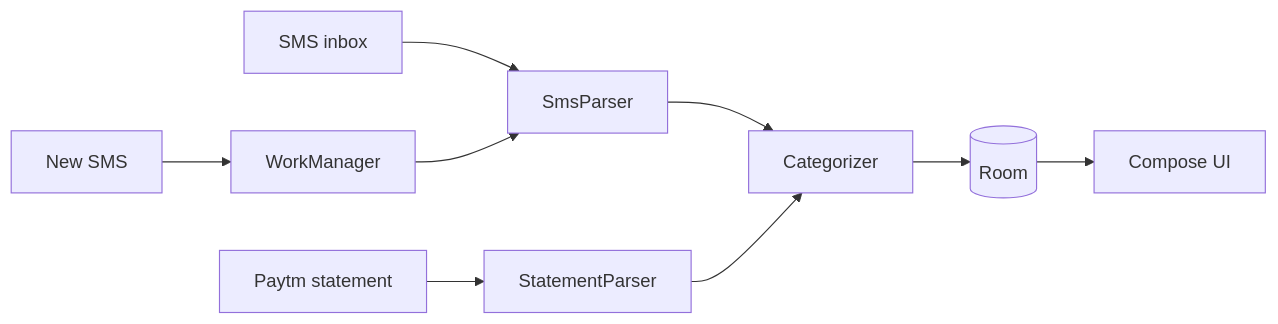
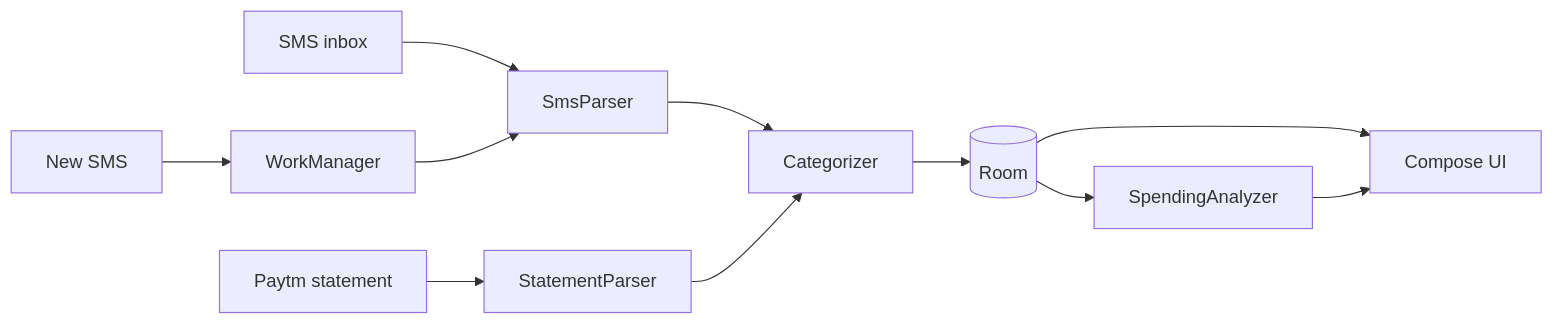
The diagram in README.md (PriyamKeshri/Spendwise), drawn with Mermaid before and after one commit. The commit also changed other lines of this file and 16 other files, not shown here.

````diff
--- a/README.md
+++ b/README.md
@@ -71,9 +73,10 @@
 ```mermaid
 flowchart LR
     inbox[SMS inbox] --> parser[SmsParser]
     receiver[New SMS] --> worker[WorkManager] --> parser
     statement[Paytm statement] --> reader[StatementParser]
     parser --> categorizer[Categorizer]
     reader --> categorizer
     categorizer --> db[(Room)] --> ui[Compose UI]
+    db --> analyzer[SpendingAnalyzer] --> ui
 ```
````
